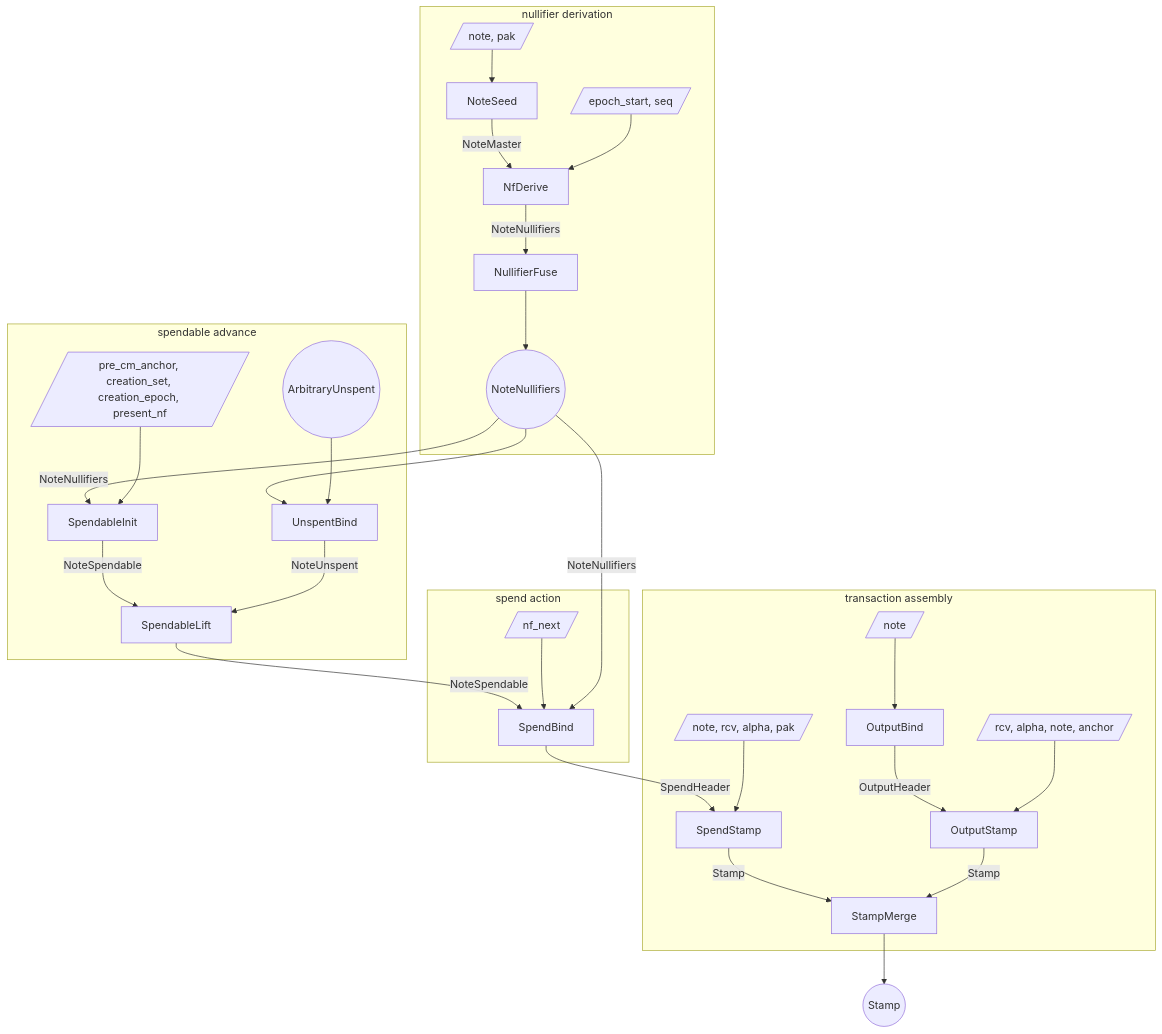
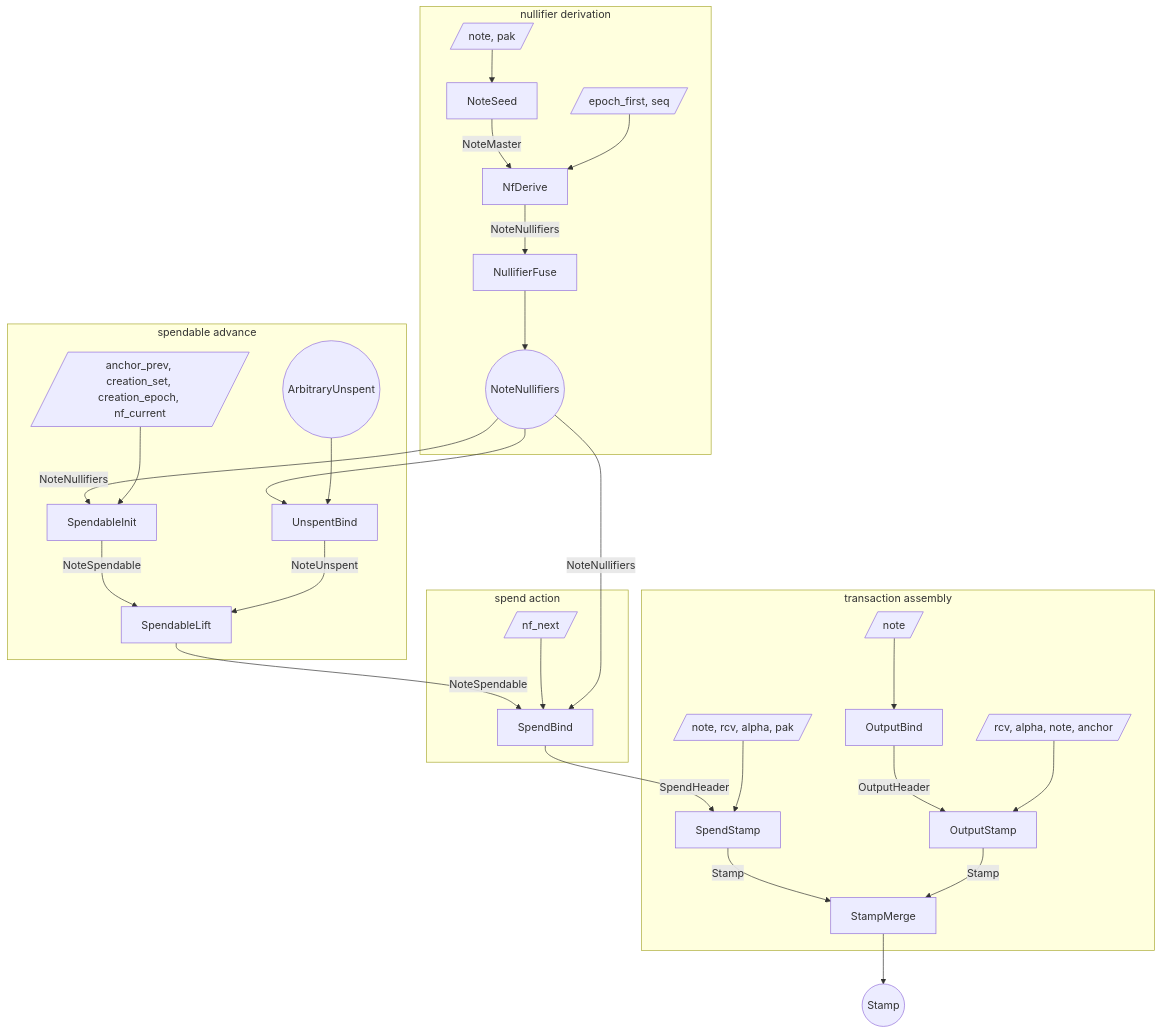
One commit to tachyon-zcash/tachyon changed the first of 3 diagrams in book/src/proof-tree.md. Above: the diagram before and after it, drawn with Mermaid. The commit also changed other lines of this file and 18 other files, not shown here.

````diff
--- a/book/src/proof-tree.md
+++ b/book/src/proof-tree.md
@@ -307,62 +307,62 @@
 ```mermaid
 flowchart TB
   subgraph derive [nullifier derivation]
     w_seed[/note, pak/]
     s_seed[NoteSeed]
-    w_window[/epoch_start, seq/]
+    w_window[/epoch_first, seq/]
     s_window[NfDerive]
     s_dfuse[NullifierFuse]
     nf_range((NoteNullifiers))
   end
 
   subgraph spendable [spendable advance]
-    w_init[/pre_cm_anchor, creation_set, creation_epoch, present_nf/]
+    w_init[/anchor_prev, creation_set, creation_epoch, nf_current/]
     s_init[SpendableInit]
     unspent_in((ArbitraryUnspent))
     s_unspentbind[UnspentBind]
     s_lift[SpendableLift]
   end
 
   subgraph spend_stamp [spend action]
     w_bind[/nf_next/]
     s_bind[SpendBind]
   end
 
   subgraph merge [transaction assembly]
     w_stamp[/note, rcv, alpha, pak/]
     s_spendstamp[SpendStamp]
     w_outbind[/note/]
     s_outbind[OutputBind]
     w_output[/rcv, alpha, note, anchor/]
     s_output[OutputStamp]
     s_merge[StampMerge]
   end
 
   stamp_out((Stamp))
 
   w_seed --> s_seed
   s_seed -->|NoteMaster| s_window
   w_window --> s_window
   s_window -->|NoteNullifiers| s_dfuse
   s_dfuse --> nf_range
 
   nf_range -->|NoteNullifiers| s_init
   w_init --> s_init
   nf_range --> s_unspentbind
   unspent_in --> s_unspentbind
   s_init -->|NoteSpendable| s_lift
   s_unspentbind -->|NoteUnspent| s_lift
   s_lift -->|NoteSpendable| s_bind
 
   w_bind --> s_bind
   nf_range -->|NoteNullifiers| s_bind
   s_bind -->|SpendHeader| s_spendstamp
   w_stamp --> s_spendstamp
 
   w_outbind --> s_outbind
   s_outbind -->|OutputHeader| s_output
   w_output --> s_output
   s_spendstamp -->|Stamp| s_merge
   s_output -->|Stamp| s_merge
   s_merge --> stamp_out
 ```
````
